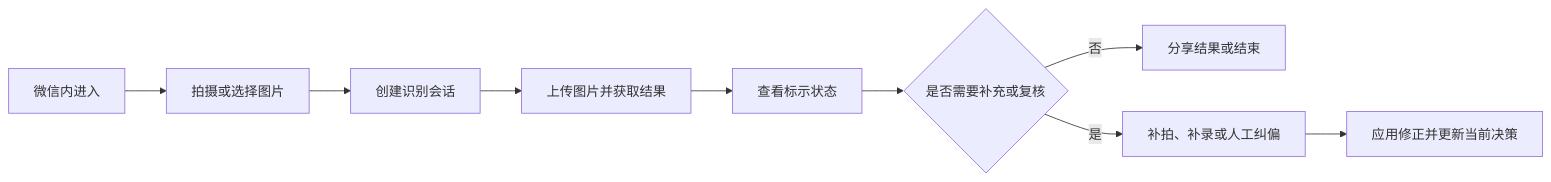
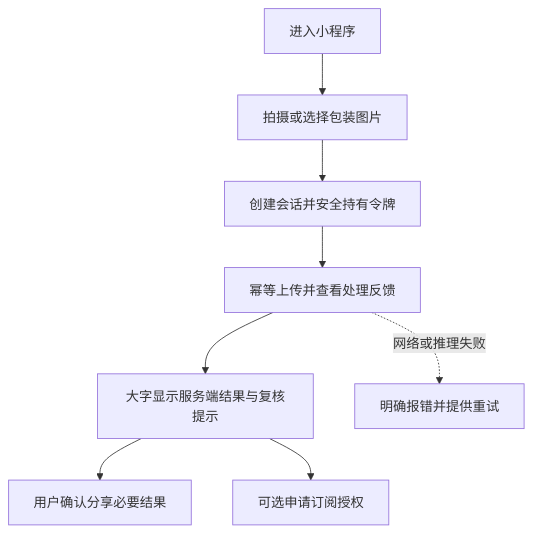
One commit to QingMouFoodDate/WxClient changed the diagram in README.md. Above: the diagram before and after it, drawn with Mermaid. The commit also changed other lines of this file, not shown here.

````diff
--- a/README.md
+++ b/README.md
@@ -49,11 +22,10 @@
 ```mermaid
-flowchart LR
-    A["微信内进入"] --> B["拍摄或选择图片"]
-    B --> C["创建识别会话"]
-    C --> D["上传图片并获取结果"]
-    D --> E["查看标示状态"]
-    E --> F{"是否需要补充或复核"}
-    F -->|"否"| G["分享结果或结束"]
-    F -->|"是"| H["补拍、补录或人工纠偏"]
-    H --> I["应用修正并更新当前决策"]
+flowchart TD
+    A[进入小程序] --> B[拍摄或选择包装图片]
+    B --> C[创建会话并安全持有令牌]
+    C --> D[幂等上传并查看处理反馈]
+    D --> E[大字显示服务端结果与复核提示]
+    E --> F[用户确认分享必要结果]
+    E --> G[可选申请订阅授权]
+    D -.网络或推理失败.-> H[明确报错并提供重试]
 ```
````
